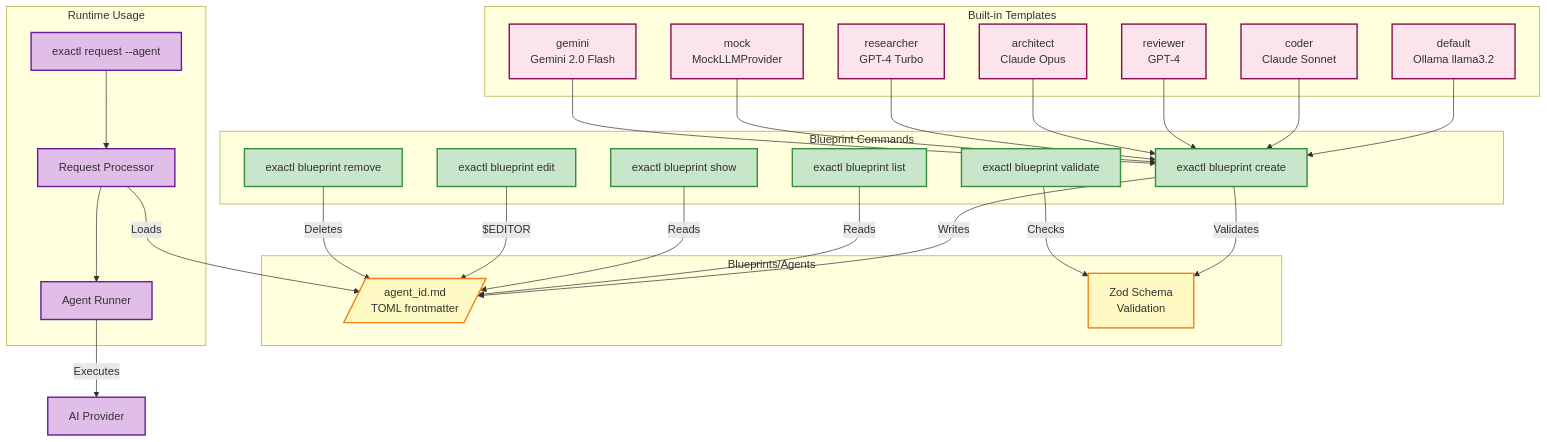
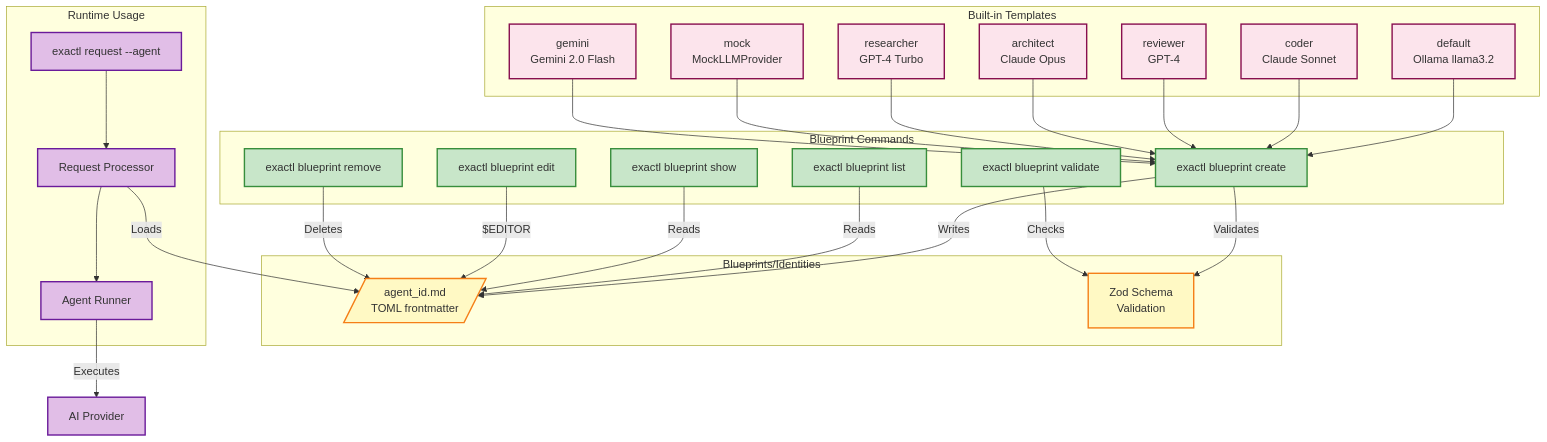
Diagram 13 of 17 in ARCHITECTURE.md (dostark/exaix-public), drawn with Mermaid before and after one commit. The commit also changed 3 other files, not shown here.

````diff
--- a/ARCHITECTURE.md
+++ b/ARCHITECTURE.md
@@ -1601,63 +1601,63 @@
 ```mermaid
 graph TB
     subgraph Templates["Built-in Templates"]
         Def[default<br/>Ollama llama3.2]
         Coder[coder<br/>Claude Sonnet]
         Reviewer[reviewer<br/>GPT-4]
         Architect[architect<br/>Claude Opus]
         Researcher[researcher<br/>GPT-4 Turbo]
         Mock[mock<br/>MockLLMProvider]
         Gemini[gemini<br/>Gemini 2.0 Flash]
     end
 
-    subgraph Storage["Blueprints/Agents"]
+    subgraph Storage["Blueprints/Identities"]
         Files[/agent_id.md<br/>TOML frontmatter/]
         Validation[Zod Schema<br/>Validation]
     end
 
     subgraph CLI["Blueprint Commands"]
         Create[exactl blueprint create]
         List[exactl blueprint list]
         Show[exactl blueprint show]
         Validate[exactl blueprint validate]
         Edit[exactl blueprint edit]
         Remove[exactl blueprint remove]
     end
 
     subgraph Usage["Runtime Usage"]
         Request[exactl request --agent]
         Processor[Request Processor]
         Runner[Agent Runner]
     end
 
     Def --> Create
     Coder --> Create
     Reviewer --> Create
     Architect --> Create
     Researcher --> Create
     Mock --> Create
     Gemini --> Create
 
     Create -->|Validates| Validation
     Create -->|Writes| Files
     List -->|Reads| Files
     Show -->|Reads| Files
     Validate -->|Checks| Validation
     Edit -->|$EDITOR| Files
     Remove -->|Deletes| Files
 
     Request --> Processor
     Processor -->|Loads| Files
     Processor --> Runner
     Runner -->|Executes| AI[AI Provider]
 
     classDef template fill:#fce4ec,stroke:#880e4f,stroke-width:2px
     classDef storage fill:#fff9c4,stroke:#f57f17,stroke-width:2px
     classDef cli fill:#c8e6c9,stroke:#388e3c,stroke-width:2px
     classDef usage fill:#e1bee7,stroke:#6a1b9a,stroke-width:2px
 
     class Def,Coder,Reviewer,Architect,Researcher,Mock,Gemini template
     class Files,Validation storage
     class Create,List,Show,Validate,Edit,Remove cli
     class Request,Processor,Runner,AI usage
 ```
````
